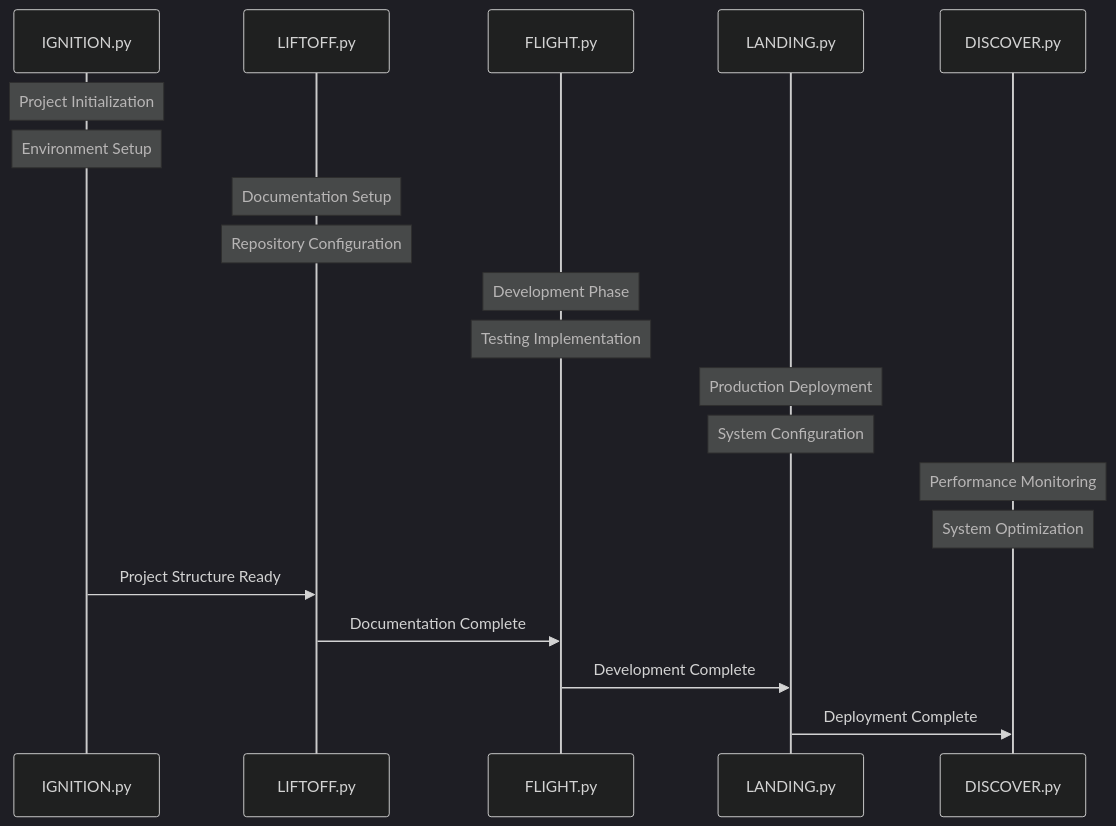
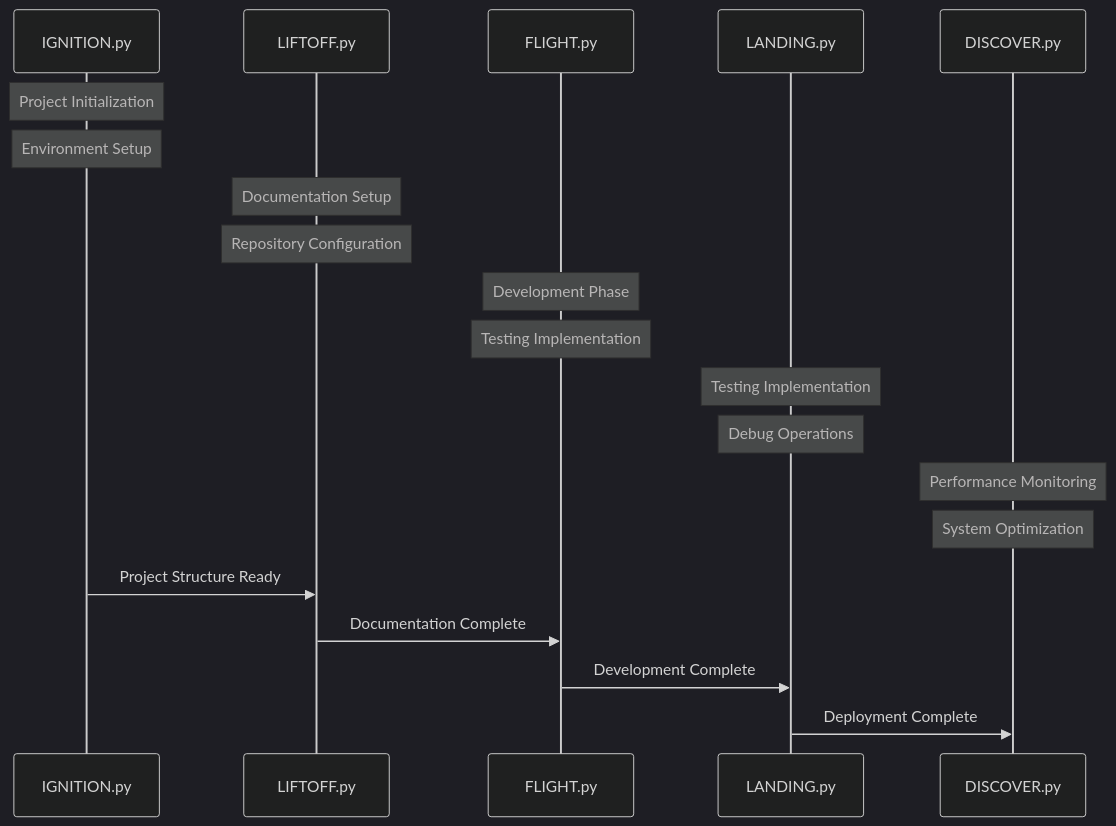
One commit to starshipagentic/blueprint-django-galaxy-class changed the diagram in django-galaxy-class-protocol.md. Above: the diagram before and after it, drawn with Mermaid (dark theme).

Commit message:
docs: Update landing.py sections to testing and debugging in sequence diagram

````diff
--- a/django-galaxy-class-protocol.md
+++ b/django-galaxy-class-protocol.md
@@ -5,28 +5,28 @@
 ```mermaid
 sequenceDiagram
     participant I as IGNITION.py
     participant L as LIFTOFF.py
     participant F as FLIGHT.py
     participant LD as LANDING.py
     participant D as DISCOVER.py
 
     Note over I: Project Initialization
     Note over I: Environment Setup
     
     Note over L: Documentation Setup
     Note over L: Repository Configuration
     
     Note over F: Development Phase
     Note over F: Testing Implementation
     
-    Note over LD: Production Deployment
-    Note over LD: System Configuration
+    Note over LD: Testing Implementation
+    Note over LD: Debug Operations
     
     Note over D: Performance Monitoring
     Note over D: System Optimization
 
     I->>L: Project Structure Ready
     L->>F: Documentation Complete
     F->>LD: Development Complete
     LD->>D: Deployment Complete
 ```
````
